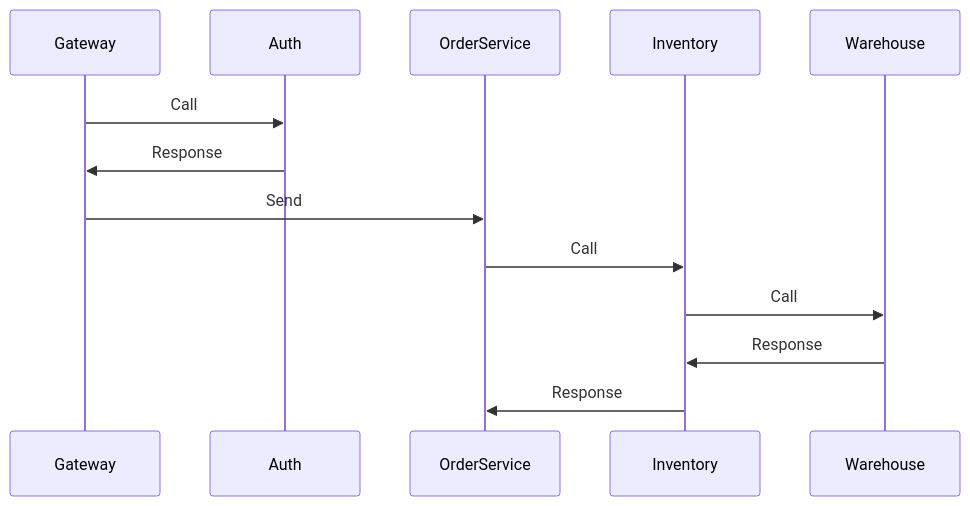
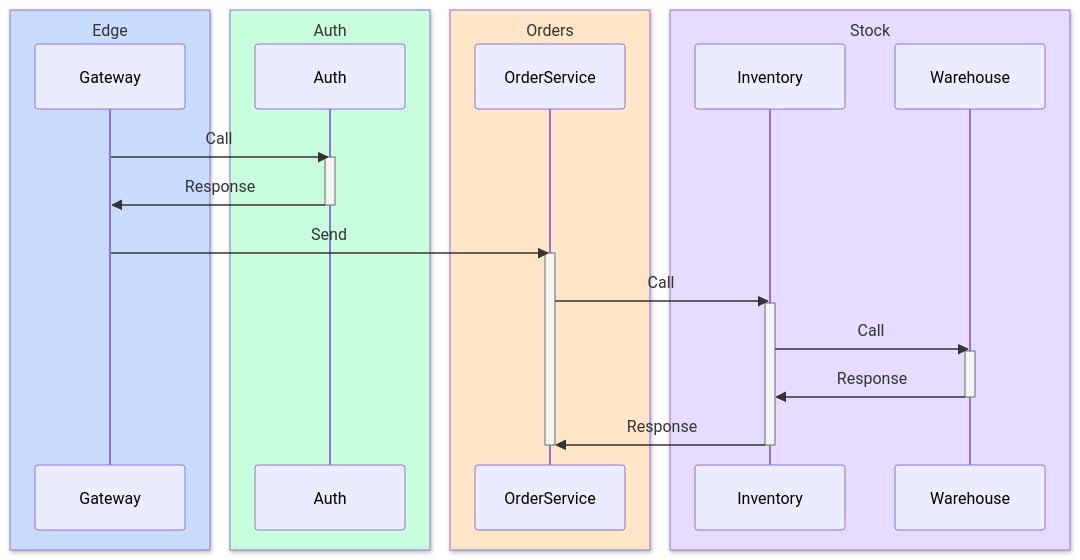
Before and after one commit to ergo-services/ergo: the ninth of 9 diagrams in docs/advanced/distributed-tracing.md, drawn with Mermaid. The commit also changed other lines of this file, not shown here.

````diff
--- a/docs/advanced/distributed-tracing.md
+++ b/docs/advanced/distributed-tracing.md
@@ -836,16 +870,32 @@
 ```mermaid
 sequenceDiagram
+    box rgb(200,220,255) Edge
     participant GW as Gateway
+    end
+    box rgb(200,255,220) Auth
     participant Auth
+    end
+    box rgb(255,230,200) Orders
     participant Ord as OrderService
+    end
+    box rgb(230,220,255) Stock
     participant Inv as Inventory
     participant WH as Warehouse
+    end
 
     GW->>Auth: Call
+    activate Auth
     Auth->>GW: Response
+    deactivate Auth
     GW->>Ord: Send
+    activate Ord
     Ord->>Inv: Call
+    activate Inv
     Inv->>WH: Call
+    activate WH
     WH->>Inv: Response
+    deactivate WH
     Inv->>Ord: Response
+    deactivate Inv
+    deactivate Ord
 ```
````
